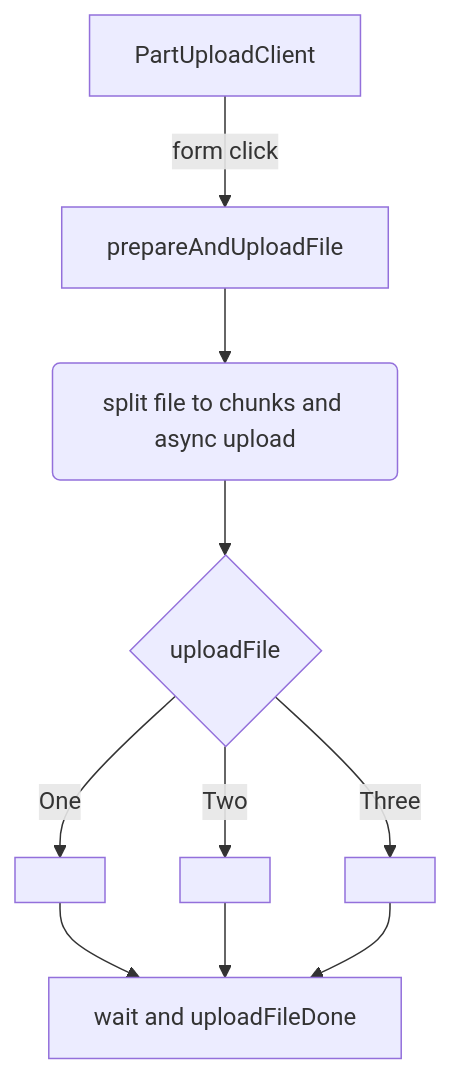
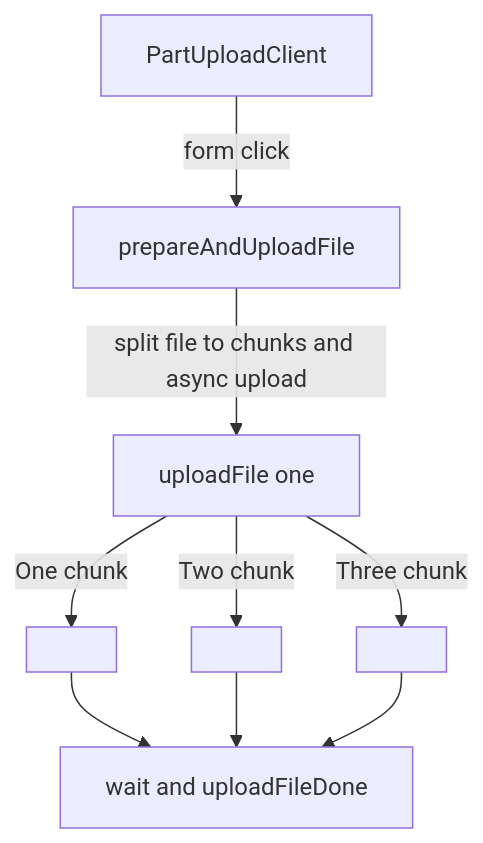
One commit to western/http-up changed the diagram in FUTURE.md. Above: the diagram before and after it, drawn with Mermaid.

````diff
--- a/FUTURE.md
+++ b/FUTURE.md
@@ -18,12 +18,11 @@
 ```mermaid
 flowchart TD
     A[PartUploadClient] -->|form click| B[prepareAndUploadFile]
-    B --> C(split file to chunks and async upload)
-    C --> D{uploadFile}
-    D -->|One| E[ ]
-    D -->|Two| F[ ]
-    D -->|Three| G[ ]
+    B -->|split file to chunks and async upload| C[uploadFile one]
+    C -->|One chunk| E[ ]
+    C -->|Two chunk| F[ ]
+    C -->|Three chunk| G[ ]
     E --> J[ wait and uploadFileDone ]
     F --> J
     G --> J
 ```
````
